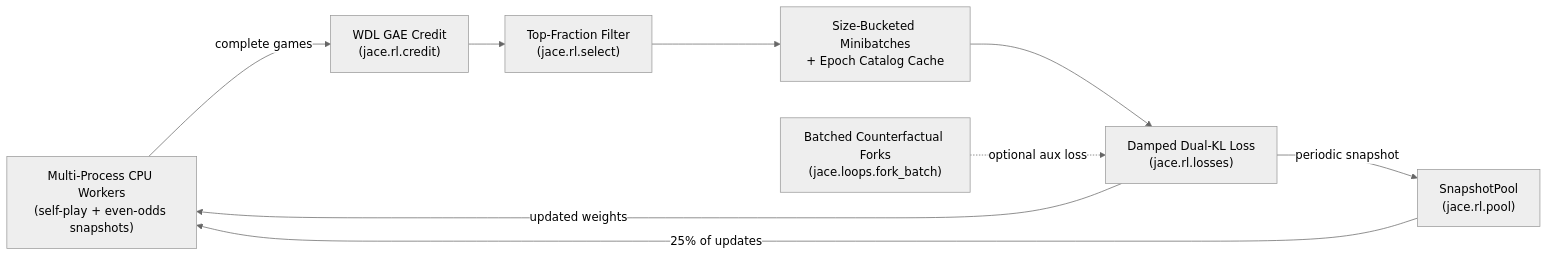
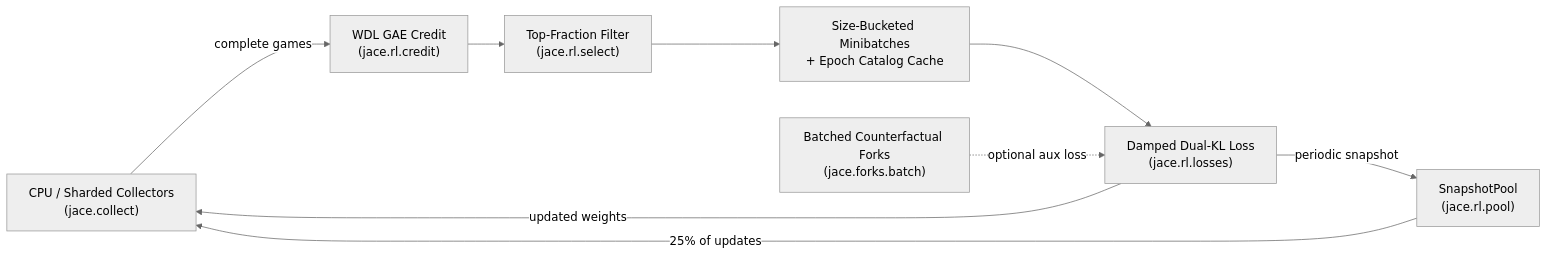
Before and after one commit to RyanSaxe/jace: the first of 2 diagrams in docs/concepts/gameplay-rl.md, drawn with Mermaid (neutral theme). The commit also changed other lines of this file and 70 other files, not shown here.

````diff
--- a/docs/concepts/gameplay-rl.md
+++ b/docs/concepts/gameplay-rl.md
@@ -7,11 +7,11 @@
 ```mermaid
 flowchart LR
-    Workers["Multi-Process CPU Workers\n(self-play + even-odds snapshots)"] -->|"complete games"| Credit["WDL GAE Credit\n(jace.rl.credit)"]
+    Workers["CPU / Sharded Collectors\n(jace.collect)"] -->|"complete games"| Credit["WDL GAE Credit\n(jace.rl.credit)"]
     Credit --> Select["Top-Fraction Filter\n(jace.rl.select)"]
     Select --> Buckets["Size-Bucketed Minibatches\n+ Epoch Catalog Cache"]
     Buckets --> Loss["Damped Dual-KL Loss\n(jace.rl.losses)"]
-    Forks["Batched Counterfactual Forks\n(jace.loops.fork_batch)"] -.->|"optional aux loss"| Loss
+    Forks["Batched Counterfactual Forks\n(jace.forks.batch)"] -.->|"optional aux loss"| Loss
     Loss -->|"updated weights"| Workers
     Loss -->|"periodic snapshot"| Pool["SnapshotPool\n(jace.rl.pool)"]
     Pool -->|"25% of updates"| Workers
 ```
````
